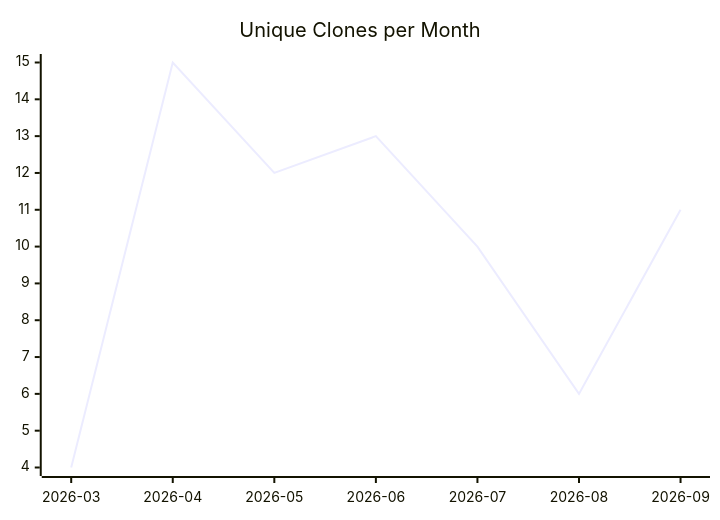
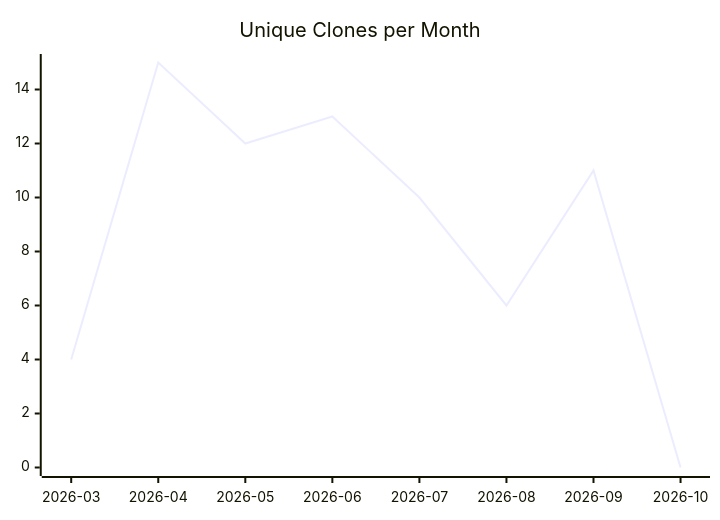
One commit to justdavis-family/github-analytics-data changed the third of 3 diagrams in karlmdavis/ansible-role-bind-dns/README.md. Above: the diagram before and after it, drawn with Mermaid. The commit also changed other lines of this file and 202 other files, not shown here.

````diff
--- a/karlmdavis/ansible-role-bind-dns/README.md
+++ b/karlmdavis/ansible-role-bind-dns/README.md
@@ -19,6 +19,6 @@
 ```mermaid
 xychart-beta
   title "Unique Clones per Month"
-  x-axis ["2026-03", "2026-04", "2026-05", "2026-06", "2026-07", "2026-08", "2026-09"]
-  line [4, 15, 12, 13, 10, 6, 11]
+  x-axis ["2026-03", "2026-04", "2026-05", "2026-06", "2026-07", "2026-08", "2026-09", "2026-10"]
+  line [4, 15, 12, 13, 10, 6, 11, 0]
 ```
````
